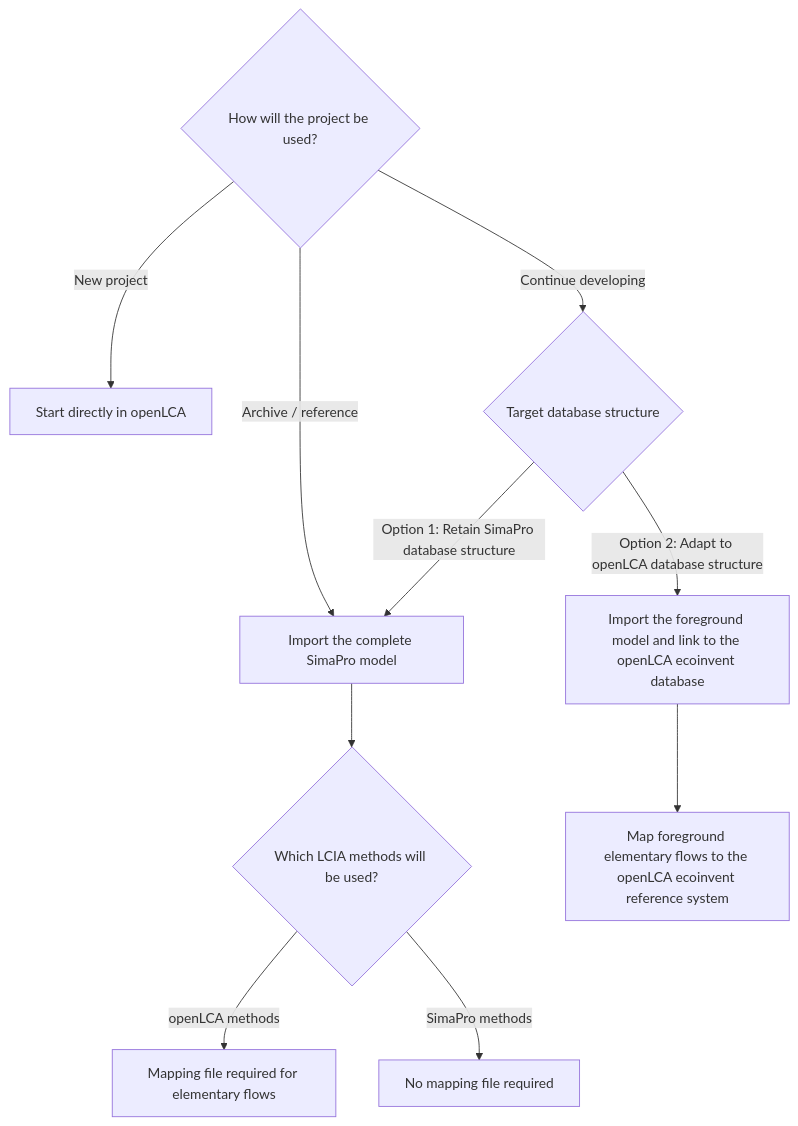
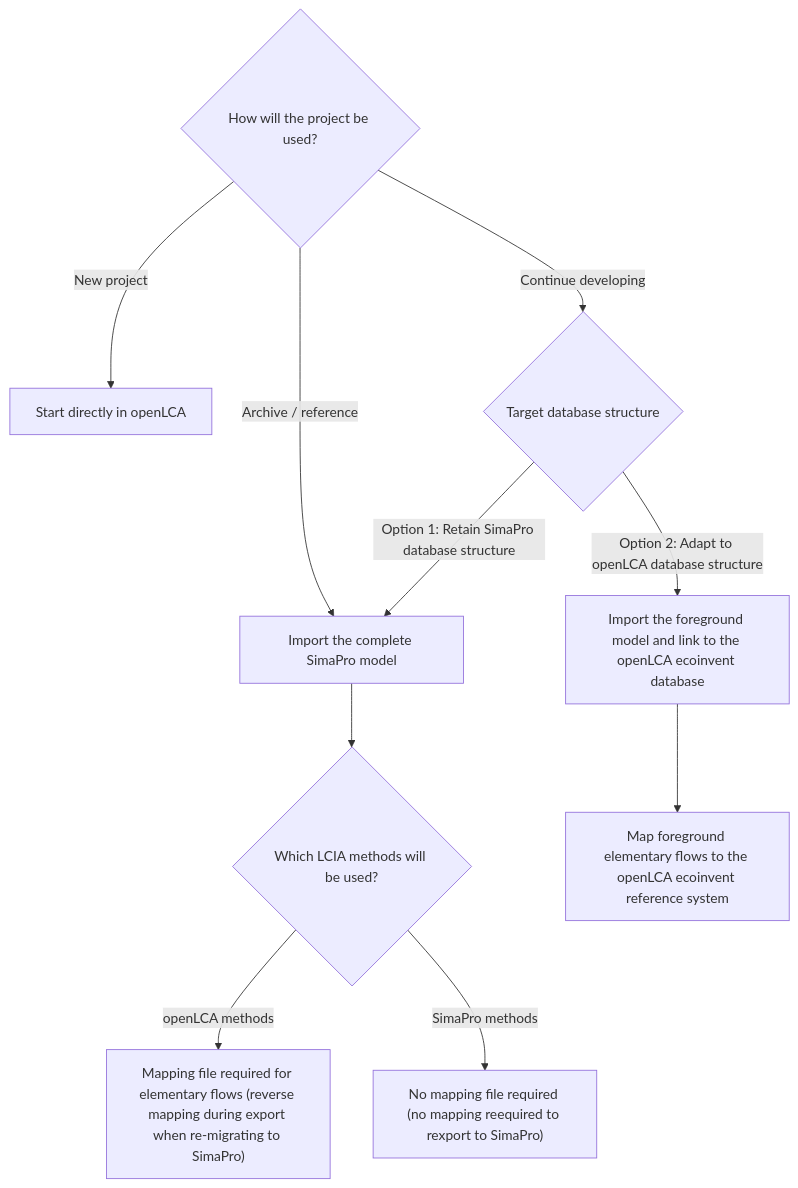
The diagram in src/migrating_other_software.md (GreenDelta/openLCA2-manual), drawn with Mermaid before and after one commit.

````diff
--- a/src/migrating_other_software.md
+++ b/src/migrating_other_software.md
@@ -30,18 +30,18 @@
 ```mermaid
 flowchart TD
     A{"How will the project be used?"}
 
     A -->|New project| B["Start directly in openLCA"]
     A -->|Archive / reference| C["Import the complete SimaPro model"]
     A -->|Continue developing| D{"Target database structure"}
 
     D -->|Option 1: Retain SimaPro database structure| C
     D -->|Option 2: Adapt to openLCA database structure| E["Import the foreground model and link to the openLCA ecoinvent database"]
 
     C --> F{"Which LCIA methods will be used?"}
 
-    F -->|openLCA methods| G["Mapping file required for elementary flows"]
-    F -->|SimaPro methods| H["No mapping file required"]
+    F -->|openLCA methods| G["Mapping file required for elementary flows (reverse mapping during export when re-migrating to SimaPro)"]
+    F -->|SimaPro methods| H["No mapping file required (no mapping reequired to rexport to SimaPro)"]
 
     E --> I["Map foreground elementary flows to the openLCA ecoinvent reference system"]
 ```
````
